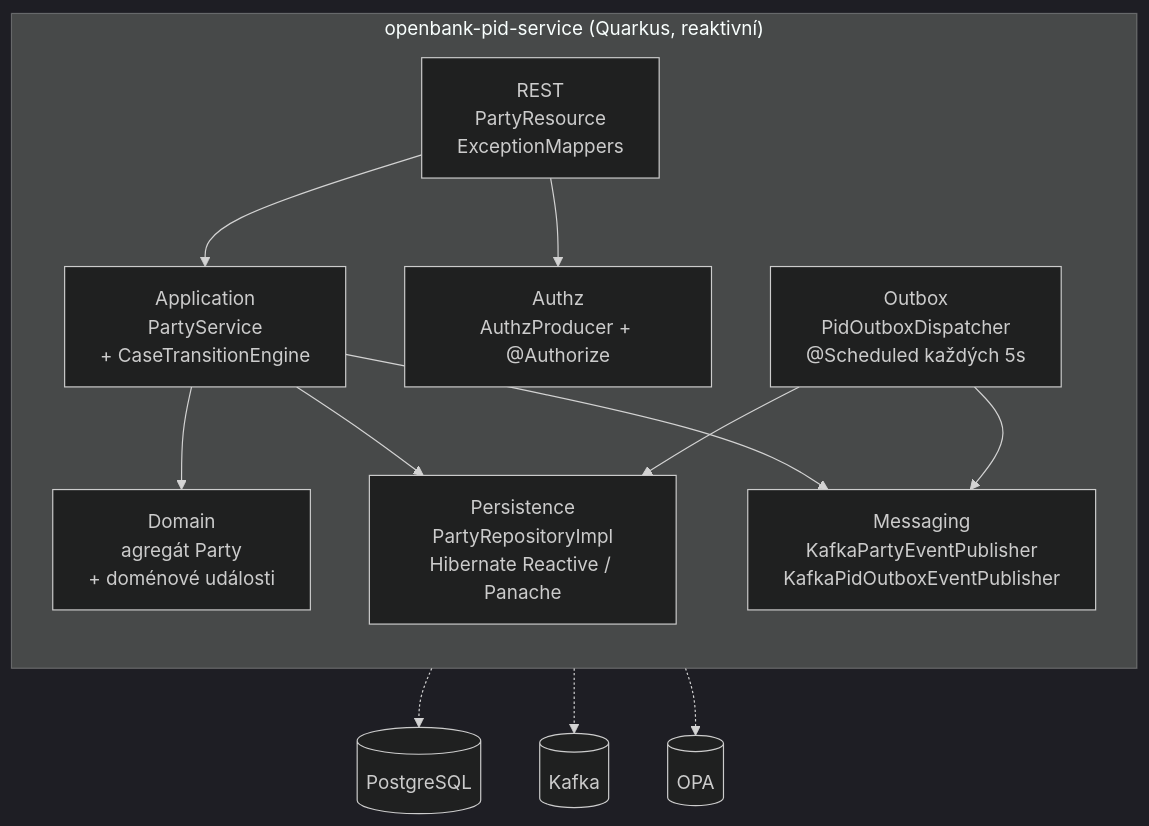
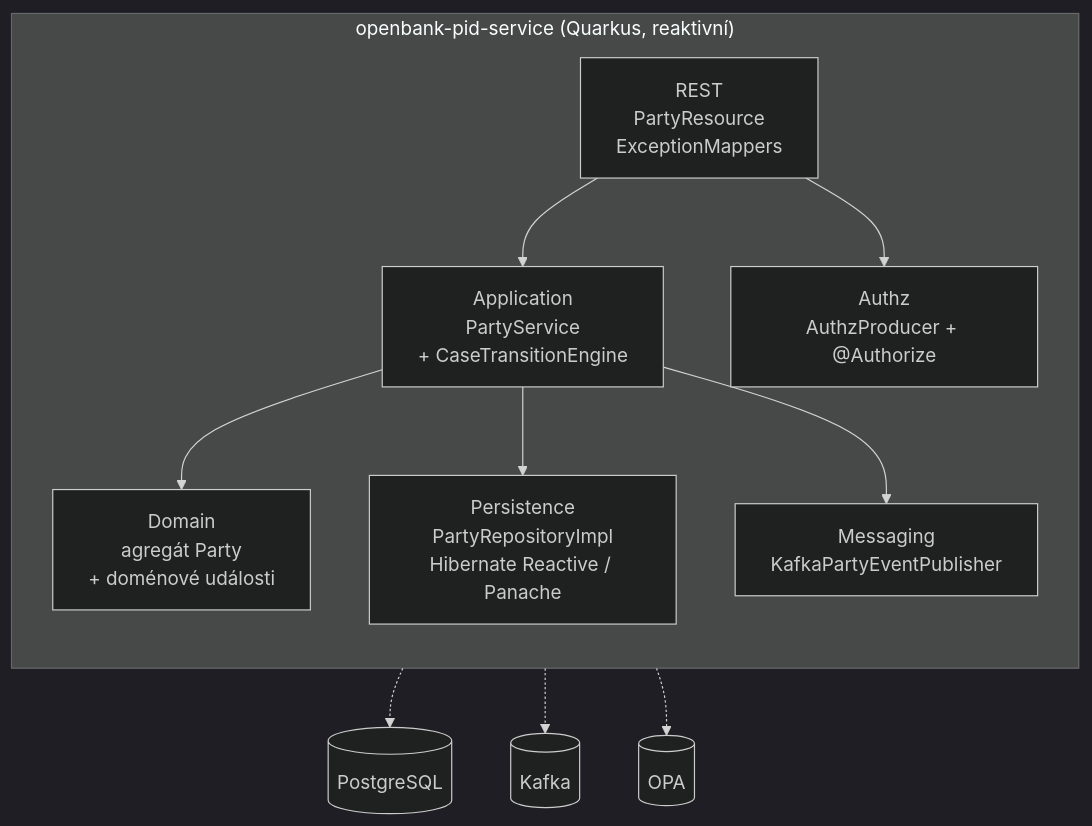
One commit to JiRaska/open-bank-oss changed the second of 3 diagrams in openbank-pid-service/src/main/resources/docs/02-architecture.cs.md. Above: the diagram before and after it, drawn with Mermaid (dark theme). The commit also changed other lines of this file and 41 other files, not shown here.

First line of the commit message:
fix(pid): retire the unwired PID outbox channel

````diff
--- a/openbank-pid-service/src/main/resources/docs/02-architecture.cs.md
+++ b/openbank-pid-service/src/main/resources/docs/02-architecture.cs.md
@@ -37,25 +37,22 @@
 ```mermaid
 graph TB
   subgraph "openbank-pid-service (Quarkus, reaktivní)"
     direction TB
     rest[REST<br/>PartyResource<br/>ExceptionMappers]
     uc[Application<br/>PartyService<br/>+ CaseTransitionEngine]
     dom[Domain<br/>agregát Party<br/>+ doménové události]
     persist[Persistence<br/>PartyRepositoryImpl<br/>Hibernate Reactive / Panache]
-    obx["Outbox<br/>PidOutboxDispatcher<br/>@Scheduled každých 5s"]
-    msg[Messaging<br/>KafkaPartyEventPublisher<br/>KafkaPidOutboxEventPublisher]
+    msg[Messaging<br/>KafkaPartyEventPublisher]
     authz["Authz<br/>AuthzProducer + @Authorize"]
   end
 
   rest --> uc
   rest --> authz
   uc --> dom
   uc --> persist
   uc --> msg
-  obx --> persist
-  obx --> msg
 
   persist -.-> db[(PostgreSQL)]
   msg -.-> kafka[(Kafka)]
   authz -.-> opa[(OPA)]
 ```
````
